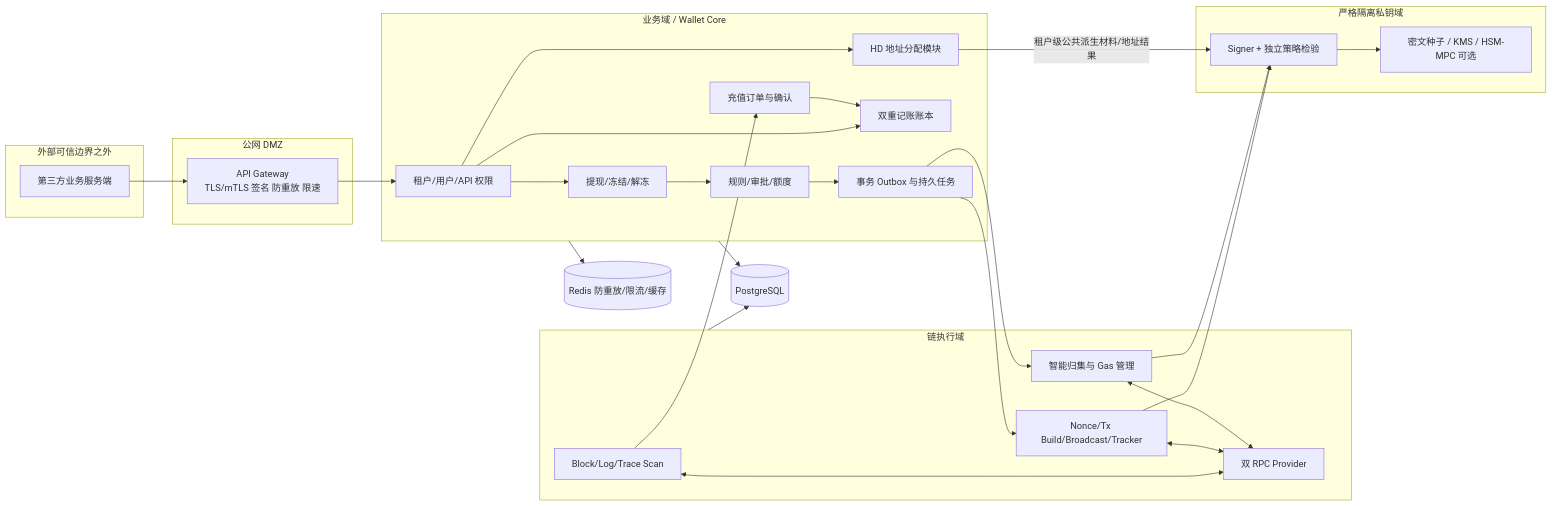
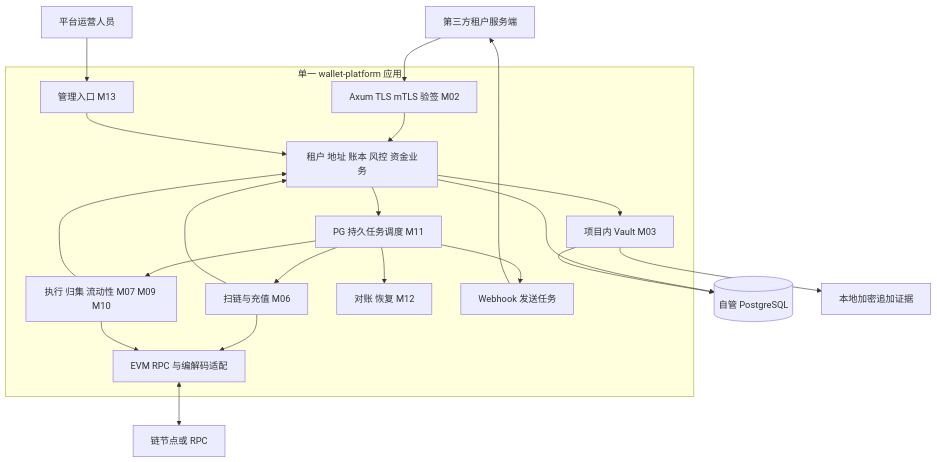
One commit to Alonoril/wallet-platform changed the diagram in docs/multitenant-wallet-design/web3_multitenant_custodial_wallet_phase1_architecture_v2.md. Above: the diagram before and after it, drawn with Mermaid. The commit also changed other lines of this file and 17 other files, not shown here.

````diff
--- a/docs/multitenant-wallet-design/web3_multitenant_custodial_wallet_phase1_architecture_v2.md
+++ b/docs/multitenant-wallet-design/web3_multitenant_custodial_wallet_phase1_architecture_v2.md
@@ -37,45 +29,34 @@
 ```mermaid
-flowchart LR
-  subgraph EXT[外部可信边界之外]
-    Tenant[第三方业务服务端]
+flowchart TB
+  Tenant[第三方租户服务端] --> API
+  Operator[平台运营人员] --> Admin
+  subgraph Runtime[单一 wallet-platform 应用]
+    API[Axum TLS mTLS 验签 M02]
+    Admin[管理入口 M13]
+    Core[租户 地址 账本 风控 资金业务]
+    Scheduler[PG 持久任务调度 M11]
+    Scanner[扫链与充值 M06]
+    Execution[执行 归集 流动性 M07 M09 M10]
+    Reconcile[对账 恢复 M12]
+    Vault[项目内 Vault M03]
+    Adapter[EVM RPC 与编解码适配]
+    Notify[Webhook 发送任务]
+    API --> Core
+    Admin --> Core
+    Core --> Scheduler
+    Scheduler --> Scanner
+    Scheduler --> Execution
+    Scheduler --> Reconcile
+    Scheduler --> Notify
+    Scanner --> Core
+    Execution --> Core
+    Core --> Vault
+    Scanner --> Adapter
+    Execution --> Adapter
   end
-  subgraph EDGE[公网 DMZ]
-    GW[API Gateway\nTLS/mTLS 签名 防重放 限速]
-  end
-  subgraph CORE[业务域 / Wallet Core]
-    TenantMod[租户/用户/API 权限]
-    Account[HD 地址分配模块]
-    Ledger[双重记账账本]
-    Deposit[充值订单与确认]
-    WD[提现/冻结/解冻]
-    Risk[规则/审批/额度]
-    Job[事务 Outbox 与持久任务]
-  end
-  subgraph CHAIN[链执行域]
-    Scan[Block/Log/Trace Scan]
-    Sweep[智能归集与 Gas 管理]
-    Tx[Nonce/Tx Build/Broadcast/Tracker]
-    RPC[双 RPC Provider]
-  end
-  subgraph SECRET[严格隔离私钥域]
-    Signer[Signer + 独立策略检验]
-    Vault[密文种子 / KMS / HSM-MPC 可选]
-  end
-  Tenant --> GW --> TenantMod
-  TenantMod --> Account
-  TenantMod --> Ledger
-  TenantMod --> WD --> Risk --> Job
-  Scan --> Deposit --> Ledger
-  Job --> Tx
-  Job --> Sweep
-  Tx --> Signer
-  Sweep --> Signer
-  Account -->|租户级公共派生材料/地址结果| Signer
-  Signer --> Vault
-  Scan <--> RPC
-  Tx <--> RPC
-  Sweep <--> RPC
-  CORE --> PG[(PostgreSQL)]
-  CHAIN --> PG
-  CORE --> Redis[(Redis 防重放/限流/缓存)]
+  Core --> PG[(自管 PostgreSQL)]
+  Vault --> PG
+  Vault --> Evidence[本地加密追加证据]
+  Adapter <--> RPC[链节点或 RPC]
+  Notify --> Tenant
 ```
````
